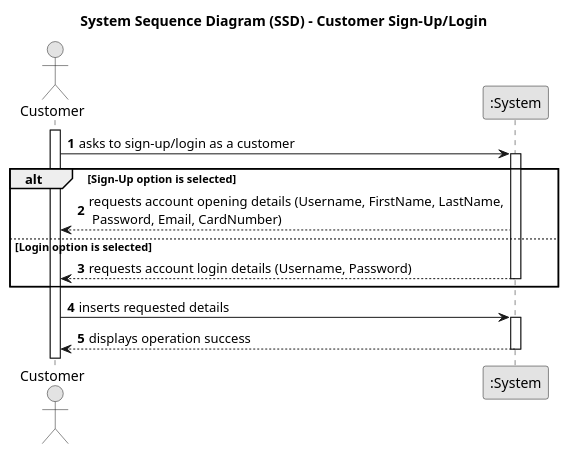
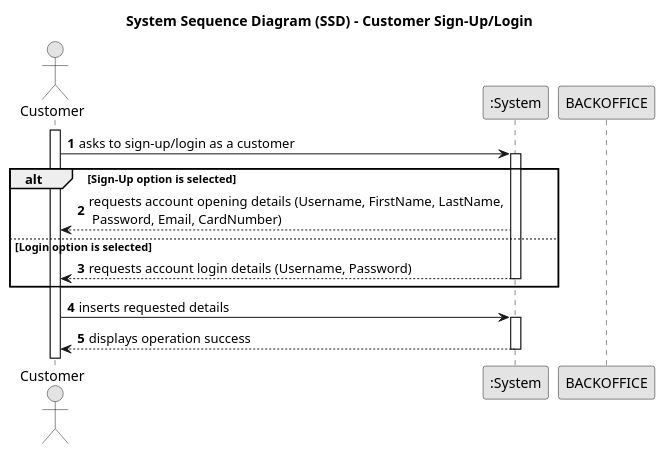
Before and after one commit to MiguelCardoso77/LAPR4: the diagram in docs/SprintB/G007/G007-system-sequence-diagram-customerApp.puml, drawn with PlantUML. The commit also changed 14 other files, not shown here.

```diff
--- a/docs/SprintB/G007/G007-system-sequence-diagram-customerApp.puml
+++ b/docs/SprintB/G007/G007-system-sequence-diagram-customerApp.puml
@@ -1,33 +1,35 @@
 @startuml
 skinparam monochrome true
 skinparam packageStyle rectangle
 skinparam shadowing false
 
 title System Sequence Diagram (SSD) - Customer Sign-Up/Login
 
 autonumber
 
 actor "Customer" as CUSTOMER
 participant ":System" as System
 
 activate CUSTOMER
 
     CUSTOMER -> System : asks to sign-up/login as a customer
     activate System
 
     alt Sign-Up option is selected
        System --> CUSTOMER : requests account opening details (Username, FirstName, LastName,\n Password, Email, CardNumber)
 
     else Login option is selected
         System --> CUSTOMER : requests account login details (Username, Password)
 
     deactivate System
     end
 
     CUSTOMER -> System : inserts requested details
     activate System
 
         System --> CUSTOMER : displays operation success
     deactivate System
 
+deactivate BACKOFFICE
+
 @enduml
```
